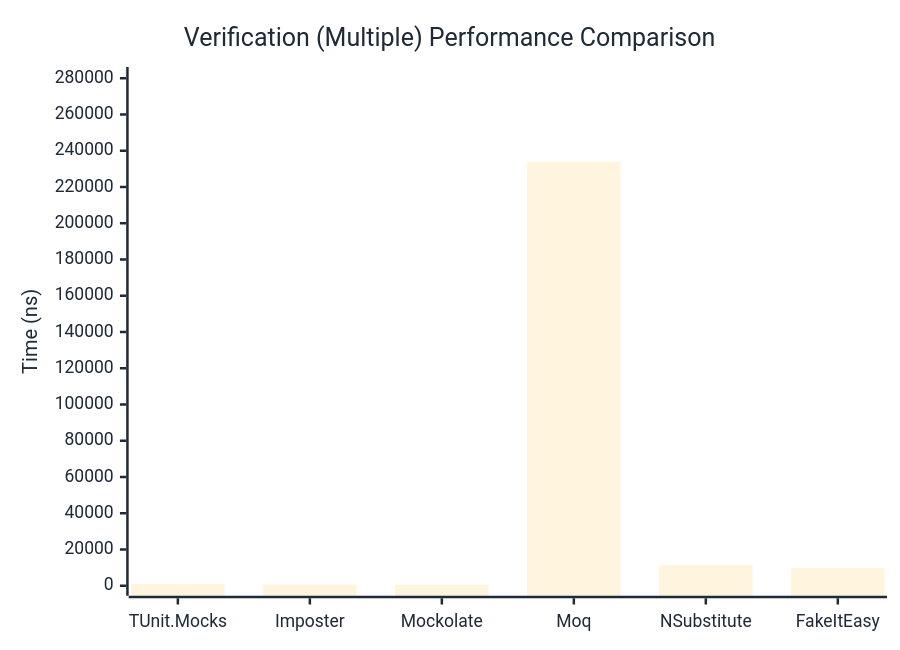
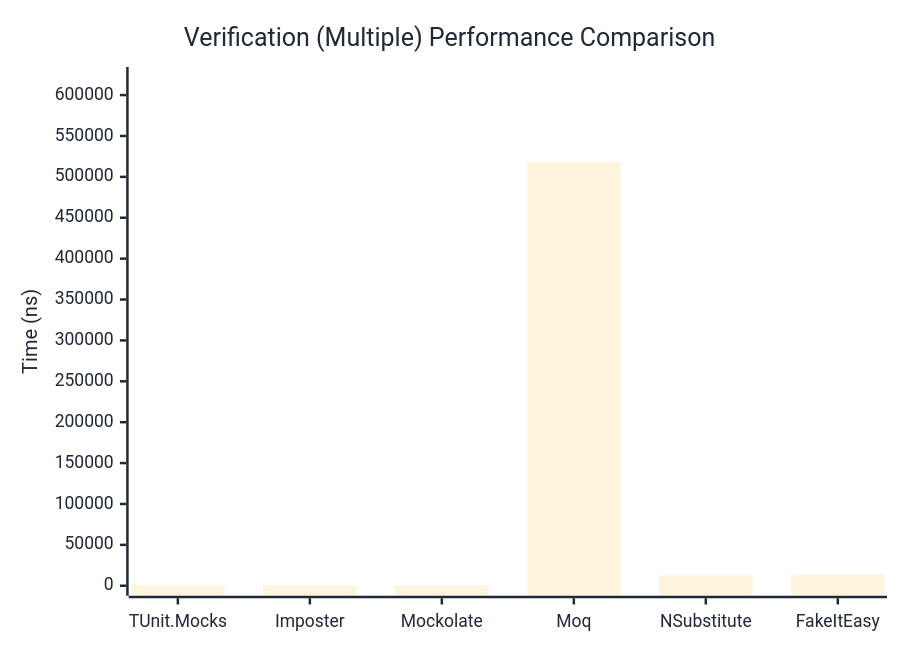
One commit to thomhurst/TUnit changed the third of 3 diagrams in docs/docs/benchmarks/mocks/Verification.md. Above: the diagram before and after it, drawn with Mermaid. The commit also changed other lines of this file and 14 other files, not shown here.

````diff
--- a/docs/docs/benchmarks/mocks/Verification.md
+++ b/docs/docs/benchmarks/mocks/Verification.md
@@ -112,27 +112,27 @@
 ```mermaid
 %%{init: {
   'theme':'base',
   'themeVariables': {
     'primaryColor': '#2563eb',
     'primaryTextColor': '#1f2937',
     'primaryBorderColor': '#1e40af',
     'lineColor': '#6b7280',
     'secondaryColor': '#7c3aed',
     'tertiaryColor': '#dc2626',
     'background': '#ffffff',
     'pie1': '#2563eb',
     'pie2': '#7c3aed',
     'pie3': '#dc2626',
     'pie4': '#f59e0b',
     'pie5': '#10b981',
     'pie6': '#06b6d4',
     'pie7': '#ec4899',
     'pie8': '#6366f1'
   }
 }}%%
 xychart-beta
   title "Verification (Multiple) Performance Comparison"
   x-axis ["TUnit.Mocks", "Imposter", "Mockolate", "Moq", "NSubstitute", "FakeItEasy"]
-  y-axis "Time (ns)" 0 --> 280679
-  bar [921.37, 646.11, 481.52, 233898.61, 11415.89, 9873.67]
+  y-axis "Time (ns)" 0 --> 622112
+  bar [915.98, 692.12, 471.85, 518426.45, 12776.72, 13856.07]
 ```
````
